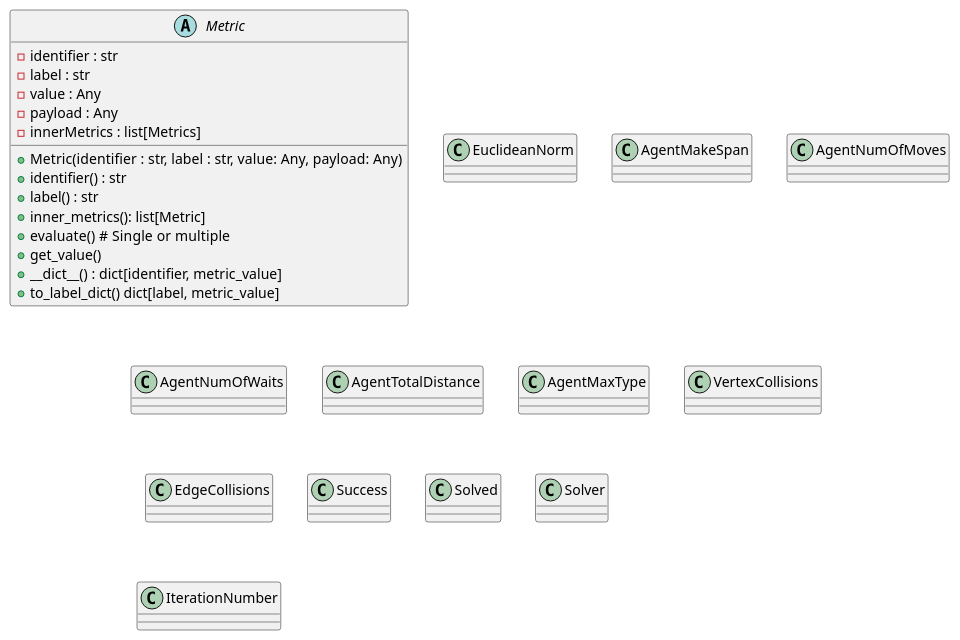
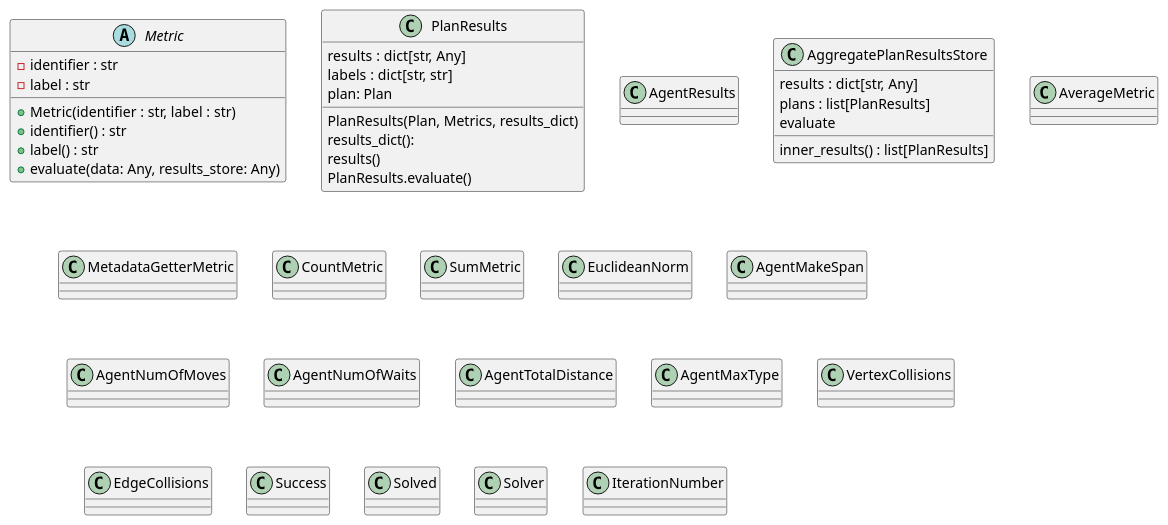
Before and after one commit to LucaLeonx/MAPF_pii_Project: the diagram in docs/architecture/metrics.puml, drawn with PlantUML. The commit also changed 5 other files, not shown here.

```diff
--- a/docs/architecture/metrics.puml
+++ b/docs/architecture/metrics.puml
@@ -1,37 +1,55 @@
 @startuml
 
 abstract class Metric {
     - identifier : str
     - label : str
-    - value : Any
-    - payload : Any
-    - innerMetrics : list[Metrics]
 
-    + Metric(identifier : str, label : str, value: Any, payload: Any)
+    + Metric(identifier : str, label : str)
     + identifier() : str
     + label() : str
-    + inner_metrics(): list[Metric]
-    + evaluate()  # Single or multiple
-    + get_value()
-    + __dict__() : dict[identifier, metric_value]
-    + to_label_dict() dict[label, metric_value]
+    + evaluate(data: Any, results_store: Any)
 }
-' TODO: share results across metrics; pass parameters across metrics
+
+class PlanResults {
+    results : dict[str, Any]
+    labels : dict[str, str]
+    plan: Plan
+    PlanResults(Plan, Metrics, results_dict)
+    results_dict():
+    results()
+    PlanResults.evaluate()
+}
+
+class AgentResults {
+
+}
+
+class AggregatePlanResultsStore {
+    results : dict[str, Any]
+    plans : list[PlanResults]
+    inner_results() : list[PlanResults]
+    evaluate
+}
+
+class AverageMetric
+class MetadataGetterMetric
+class CountMetric
+class SumMetric
 
 
 class EuclideanNorm
 class AgentMakeSpan
 class AgentNumOfMoves
 class AgentNumOfWaits
 class AgentTotalDistance
 class AgentMaxType
 class VertexCollisions
 class EdgeCollisions
 class Success
 class Solved
 class Solver
 class IterationNumber
 
 
 
 @enduml
```
